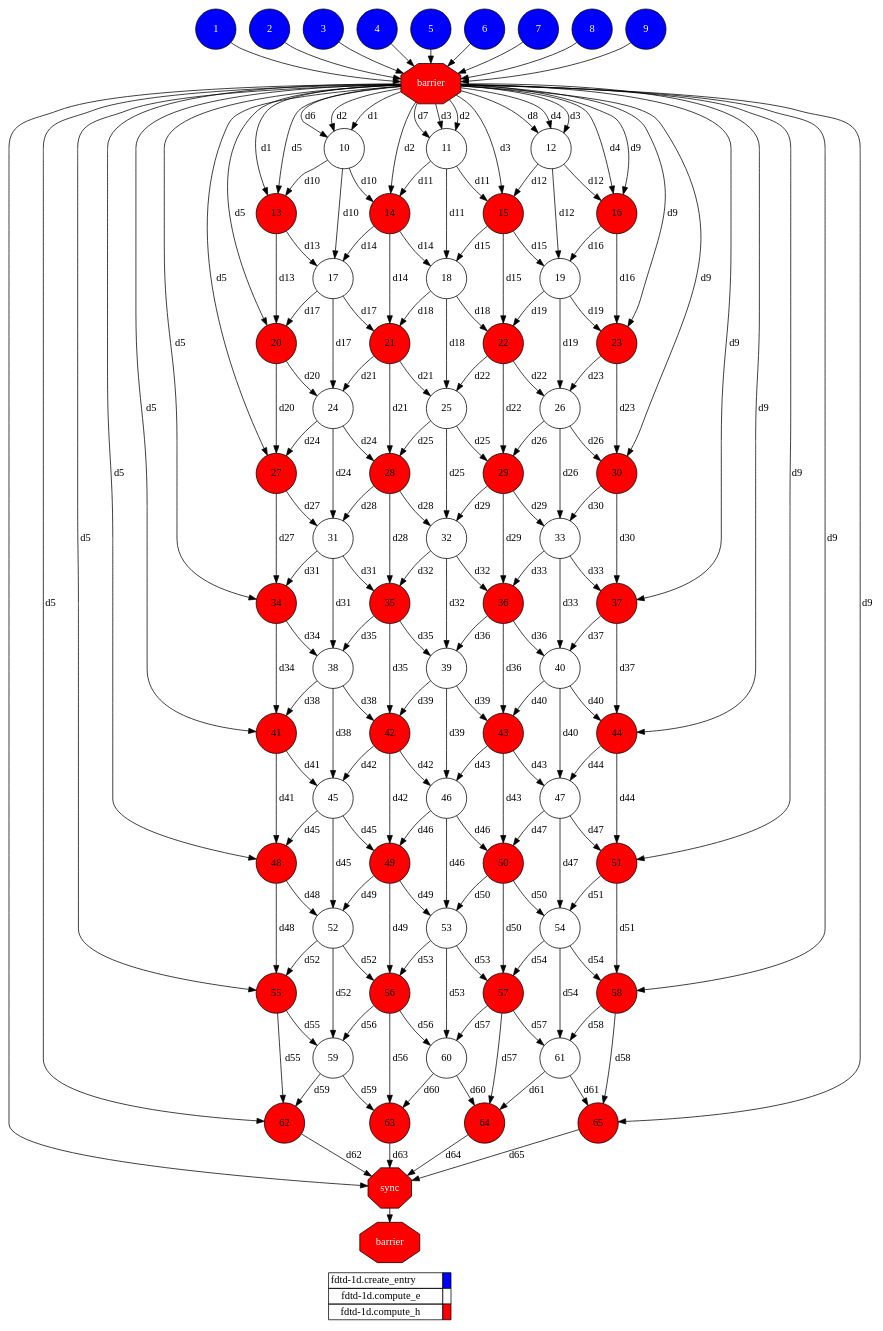
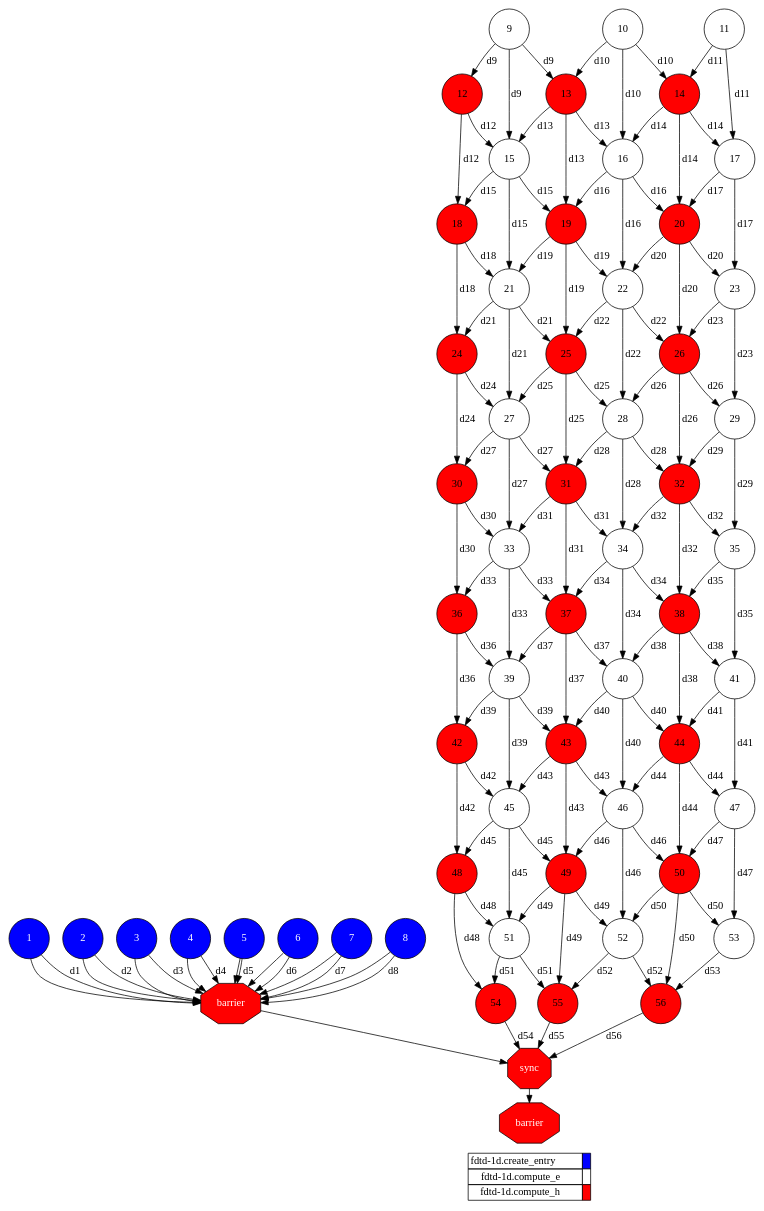
One commit to cristianrcv/pycompss-autoparallel changed the diagram in examples/fdtd-1d/userparallel/results/local/complete_graph.dot. Above: the diagram before and after it, drawn with Graphviz. The commit also changed 12 other files, not shown here.

```diff
--- a/examples/fdtd-1d/userparallel/results/local/complete_graph.dot
+++ b/examples/fdtd-1d/userparallel/results/local/complete_graph.dot
@@ -13,247 +13,193 @@
 6[shape=circle, style=filled fillcolor="#0000ff" fontcolor="#ffffff"];
 7[shape=circle, style=filled fillcolor="#0000ff" fontcolor="#ffffff"];
 8[shape=circle, style=filled fillcolor="#0000ff" fontcolor="#ffffff"];
-9[shape=circle, style=filled fillcolor="#0000ff" fontcolor="#ffffff"];
 Synchro1[label="barrier", shape=octagon, style=filled fillcolor="#ff0000" fontcolor="#FFFFFF"];
 1 -> Synchro1;
+5 -> Synchro1;
+7 -> Synchro1;
+6 -> Synchro1;
 3 -> Synchro1;
+4 -> Synchro1;
 8 -> Synchro1;
-9 -> Synchro1;
 2 -> Synchro1;
-5 -> Synchro1;
-4 -> Synchro1;
-6 -> Synchro1;
-7 -> Synchro1;
+5 -> Synchro1[ label="d5" ];
+6 -> Synchro1[ label="d6" ];
+7 -> Synchro1[ label="d7" ];
+8 -> Synchro1[ label="d8" ];
+1 -> Synchro1[ label="d1" ];
+2 -> Synchro1[ label="d2" ];
+3 -> Synchro1[ label="d3" ];
+4 -> Synchro1[ label="d4" ];
+9[shape=circle, style=filled fillcolor="#ffffff" fontcolor="#000000"];
 10[shape=circle, style=filled fillcolor="#ffffff" fontcolor="#000000"];
-Synchro1 -> 10[ label="d6" ];
-Synchro1 -> 10[ label="d2" ];
-Synchro1 -> 10[ label="d1" ];
 11[shape=circle, style=filled fillcolor="#ffffff" fontcolor="#000000"];
-Synchro1 -> 11[ label="d7" ];
-Synchro1 -> 11[ label="d3" ];
-Synchro1 -> 11[ label="d2" ];
-12[shape=circle, style=filled fillcolor="#ffffff" fontcolor="#000000"];
-Synchro1 -> 12[ label="d8" ];
-Synchro1 -> 12[ label="d4" ];
-Synchro1 -> 12[ label="d3" ];
+12[shape=circle, style=filled fillcolor="#ff0000" fontcolor="#000000"];
+9 -> 12[ label="d9" ];
 13[shape=circle, style=filled fillcolor="#ff0000" fontcolor="#000000"];
-Synchro1 -> 13[ label="d1" ];
 10 -> 13[ label="d10" ];
-Synchro1 -> 13[ label="d5" ];
+9 -> 13[ label="d9" ];
 14[shape=circle, style=filled fillcolor="#ff0000" fontcolor="#000000"];
-Synchro1 -> 14[ label="d2" ];
 11 -> 14[ label="d11" ];
 10 -> 14[ label="d10" ];
-15[shape=circle, style=filled fillcolor="#ff0000" fontcolor="#000000"];
-Synchro1 -> 15[ label="d3" ];
+15[shape=circle, style=filled fillcolor="#ffffff" fontcolor="#000000"];
+9 -> 15[ label="d9" ];
+13 -> 15[ label="d13" ];
 12 -> 15[ label="d12" ];
-11 -> 15[ label="d11" ];
-16[shape=circle, style=filled fillcolor="#ff0000" fontcolor="#000000"];
-Synchro1 -> 16[ label="d4" ];
-Synchro1 -> 16[ label="d9" ];
-12 -> 16[ label="d12" ];
+16[shape=circle, style=filled fillcolor="#ffffff" fontcolor="#000000"];
+10 -> 16[ label="d10" ];
+14 -> 16[ label="d14" ];
+13 -> 16[ label="d13" ];
 17[shape=circle, style=filled fillcolor="#ffffff" fontcolor="#000000"];
-10 -> 17[ label="d10" ];
+11 -> 17[ label="d11" ];
 14 -> 17[ label="d14" ];
-13 -> 17[ label="d13" ];
-18[shape=circle, style=filled fillcolor="#ffffff" fontcolor="#000000"];
-11 -> 18[ label="d11" ];
+18[shape=circle, style=filled fillcolor="#ff0000" fontcolor="#000000"];
+12 -> 18[ label="d12" ];
 15 -> 18[ label="d15" ];
-14 -> 18[ label="d14" ];
-19[shape=circle, style=filled fillcolor="#ffffff" fontcolor="#000000"];
-12 -> 19[ label="d12" ];
+19[shape=circle, style=filled fillcolor="#ff0000" fontcolor="#000000"];
+13 -> 19[ label="d13" ];
 16 -> 19[ label="d16" ];
 15 -> 19[ label="d15" ];
 20[shape=circle, style=filled fillcolor="#ff0000" fontcolor="#000000"];
-13 -> 20[ label="d13" ];
+14 -> 20[ label="d14" ];
 17 -> 20[ label="d17" ];
-Synchro1 -> 20[ label="d5" ];
-21[shape=circle, style=filled fillcolor="#ff0000" fontcolor="#000000"];
-14 -> 21[ label="d14" ];
+16 -> 20[ label="d16" ];
+21[shape=circle, style=filled fillcolor="#ffffff" fontcolor="#000000"];
+15 -> 21[ label="d15" ];
+19 -> 21[ label="d19" ];
 18 -> 21[ label="d18" ];
-17 -> 21[ label="d17" ];
-22[shape=circle, style=filled fillcolor="#ff0000" fontcolor="#000000"];
-15 -> 22[ label="d15" ];
+22[shape=circle, style=filled fillcolor="#ffffff" fontcolor="#000000"];
+16 -> 22[ label="d16" ];
+20 -> 22[ label="d20" ];
 19 -> 22[ label="d19" ];
-18 -> 22[ label="d18" ];
-23[shape=circle, style=filled fillcolor="#ff0000" fontcolor="#000000"];
-16 -> 23[ label="d16" ];
-Synchro1 -> 23[ label="d9" ];
-19 -> 23[ label="d19" ];
-24[shape=circle, style=filled fillcolor="#ffffff" fontcolor="#000000"];
-17 -> 24[ label="d17" ];
+23[shape=circle, style=filled fillcolor="#ffffff" fontcolor="#000000"];
+17 -> 23[ label="d17" ];
+20 -> 23[ label="d20" ];
+24[shape=circle, style=filled fillcolor="#ff0000" fontcolor="#000000"];
+18 -> 24[ label="d18" ];
 21 -> 24[ label="d21" ];
-20 -> 24[ label="d20" ];
-25[shape=circle, style=filled fillcolor="#ffffff" fontcolor="#000000"];
-18 -> 25[ label="d18" ];
+25[shape=circle, style=filled fillcolor="#ff0000" fontcolor="#000000"];
+19 -> 25[ label="d19" ];
 22 -> 25[ label="d22" ];
 21 -> 25[ label="d21" ];
-26[shape=circle, style=filled fillcolor="#ffffff" fontcolor="#000000"];
-19 -> 26[ label="d19" ];
+26[shape=circle, style=filled fillcolor="#ff0000" fontcolor="#000000"];
+20 -> 26[ label="d20" ];
 23 -> 26[ label="d23" ];
 22 -> 26[ label="d22" ];
-27[shape=circle, style=filled fillcolor="#ff0000" fontcolor="#000000"];
-20 -> 27[ label="d20" ];
+27[shape=circle, style=filled fillcolor="#ffffff" fontcolor="#000000"];
+21 -> 27[ label="d21" ];
+25 -> 27[ label="d25" ];
 24 -> 27[ label="d24" ];
-Synchro1 -> 27[ label="d5" ];
-28[shape=circle, style=filled fillcolor="#ff0000" fontcolor="#000000"];
-21 -> 28[ label="d21" ];
+28[shape=circle, style=filled fillcolor="#ffffff" fontcolor="#000000"];
+22 -> 28[ label="d22" ];
+26 -> 28[ label="d26" ];
 25 -> 28[ label="d25" ];
-24 -> 28[ label="d24" ];
-29[shape=circle, style=filled fillcolor="#ff0000" fontcolor="#000000"];
-22 -> 29[ label="d22" ];
+29[shape=circle, style=filled fillcolor="#ffffff" fontcolor="#000000"];
+23 -> 29[ label="d23" ];
 26 -> 29[ label="d26" ];
-25 -> 29[ label="d25" ];
 30[shape=circle, style=filled fillcolor="#ff0000" fontcolor="#000000"];
-23 -> 30[ label="d23" ];
-Synchro1 -> 30[ label="d9" ];
-26 -> 30[ label="d26" ];
-31[shape=circle, style=filled fillcolor="#ffffff" fontcolor="#000000"];
-24 -> 31[ label="d24" ];
+24 -> 30[ label="d24" ];
+27 -> 30[ label="d27" ];
+31[shape=circle, style=filled fillcolor="#ff0000" fontcolor="#000000"];
+25 -> 31[ label="d25" ];
 28 -> 31[ label="d28" ];
 27 -> 31[ label="d27" ];
-32[shape=circle, style=filled fillcolor="#ffffff" fontcolor="#000000"];
-25 -> 32[ label="d25" ];
+32[shape=circle, style=filled fillcolor="#ff0000" fontcolor="#000000"];
+26 -> 32[ label="d26" ];
 29 -> 32[ label="d29" ];
 28 -> 32[ label="d28" ];
 33[shape=circle, style=filled fillcolor="#ffffff" fontcolor="#000000"];
-26 -> 33[ label="d26" ];
+27 -> 33[ label="d27" ];
+31 -> 33[ label="d31" ];
 30 -> 33[ label="d30" ];
-29 -> 33[ label="d29" ];
-34[shape=circle, style=filled fillcolor="#ff0000" fontcolor="#000000"];
-27 -> 34[ label="d27" ];
+34[shape=circle, style=filled fillcolor="#ffffff" fontcolor="#000000"];
+28 -> 34[ label="d28" ];
+32 -> 34[ label="d32" ];
 31 -> 34[ label="d31" ];
-Synchro1 -> 34[ label="d5" ];
-35[shape=circle, style=filled fillcolor="#ff0000" fontcolor="#000000"];
-28 -> 35[ label="d28" ];
+35[shape=circle, style=filled fillcolor="#ffffff" fontcolor="#000000"];
+29 -> 35[ label="d29" ];
 32 -> 35[ label="d32" ];
-31 -> 35[ label="d31" ];
 36[shape=circle, style=filled fillcolor="#ff0000" fontcolor="#000000"];
-29 -> 36[ label="d29" ];
+30 -> 36[ label="d30" ];
 33 -> 36[ label="d33" ];
-32 -> 36[ label="d32" ];
 37[shape=circle, style=filled fillcolor="#ff0000" fontcolor="#000000"];
-30 -> 37[ label="d30" ];
-Synchro1 -> 37[ label="d9" ];
+31 -> 37[ label="d31" ];
+34 -> 37[ label="d34" ];
 33 -> 37[ label="d33" ];
-38[shape=circle, style=filled fillcolor="#ffffff" fontcolor="#000000"];
-31 -> 38[ label="d31" ];
+38[shape=circle, style=filled fillcolor="#ff0000" fontcolor="#000000"];
+32 -> 38[ label="d32" ];
 35 -> 38[ label="d35" ];
 34 -> 38[ label="d34" ];
 39[shape=circle, style=filled fillcolor="#ffffff" fontcolor="#000000"];
-32 -> 39[ label="d32" ];
+33 -> 39[ label="d33" ];
+37 -> 39[ label="d37" ];
 36 -> 39[ label="d36" ];
-35 -> 39[ label="d35" ];
 40[shape=circle, style=filled fillcolor="#ffffff" fontcolor="#000000"];
-33 -> 40[ label="d33" ];
+34 -> 40[ label="d34" ];
+38 -> 40[ label="d38" ];
 37 -> 40[ label="d37" ];
-36 -> 40[ label="d36" ];
-41[shape=circle, style=filled fillcolor="#ff0000" fontcolor="#000000"];
-34 -> 41[ label="d34" ];
+41[shape=circle, style=filled fillcolor="#ffffff" fontcolor="#000000"];
+35 -> 41[ label="d35" ];
 38 -> 41[ label="d38" ];
-Synchro1 -> 41[ label="d5" ];
 42[shape=circle, style=filled fillcolor="#ff0000" fontcolor="#000000"];
-35 -> 42[ label="d35" ];
+36 -> 42[ label="d36" ];
 39 -> 42[ label="d39" ];
-38 -> 42[ label="d38" ];
 43[shape=circle, style=filled fillcolor="#ff0000" fontcolor="#000000"];
-36 -> 43[ label="d36" ];
+37 -> 43[ label="d37" ];
 40 -> 43[ label="d40" ];
 39 -> 43[ label="d39" ];
 44[shape=circle, style=filled fillcolor="#ff0000" fontcolor="#000000"];
-37 -> 44[ label="d37" ];
-Synchro1 -> 44[ label="d9" ];
+38 -> 44[ label="d38" ];
+41 -> 44[ label="d41" ];
 40 -> 44[ label="d40" ];
 45[shape=circle, style=filled fillcolor="#ffffff" fontcolor="#000000"];
-38 -> 45[ label="d38" ];
+39 -> 45[ label="d39" ];
+43 -> 45[ label="d43" ];
 42 -> 45[ label="d42" ];
-41 -> 45[ label="d41" ];
 46[shape=circle, style=filled fillcolor="#ffffff" fontcolor="#000000"];
-39 -> 46[ label="d39" ];
+40 -> 46[ label="d40" ];
+44 -> 46[ label="d44" ];
 43 -> 46[ label="d43" ];
-42 -> 46[ label="d42" ];
 47[shape=circle, style=filled fillcolor="#ffffff" fontcolor="#000000"];
-40 -> 47[ label="d40" ];
+41 -> 47[ label="d41" ];
 44 -> 47[ label="d44" ];
-43 -> 47[ label="d43" ];
 48[shape=circle, style=filled fillcolor="#ff0000" fontcolor="#000000"];
-41 -> 48[ label="d41" ];
+42 -> 48[ label="d42" ];
 45 -> 48[ label="d45" ];
-Synchro1 -> 48[ label="d5" ];
 49[shape=circle, style=filled fillcolor="#ff0000" fontcolor="#000000"];
-42 -> 49[ label="d42" ];
+43 -> 49[ label="d43" ];
 46 -> 49[ label="d46" ];
 45 -> 49[ label="d45" ];
 50[shape=circle, style=filled fillcolor="#ff0000" fontcolor="#000000"];
-43 -> 50[ label="d43" ];
+44 -> 50[ label="d44" ];
 47 -> 50[ label="d47" ];
 46 -> 50[ label="d46" ];
-51[shape=circle, style=filled fillcolor="#ff0000" fontcolor="#000000"];
-44 -> 51[ label="d44" ];
-Synchro1 -> 51[ label="d9" ];
-47 -> 51[ label="d47" ];
+51[shape=circle, style=filled fillcolor="#ffffff" fontcolor="#000000"];
+45 -> 51[ label="d45" ];
+49 -> 51[ label="d49" ];
+48 -> 51[ label="d48" ];
 52[shape=circle, style=filled fillcolor="#ffffff" fontcolor="#000000"];
-45 -> 52[ label="d45" ];
+46 -> 52[ label="d46" ];
+50 -> 52[ label="d50" ];
 49 -> 52[ label="d49" ];
-48 -> 52[ label="d48" ];
 53[shape=circle, style=filled fillcolor="#ffffff" fontcolor="#000000"];
-46 -> 53[ label="d46" ];
+47 -> 53[ label="d47" ];
 50 -> 53[ label="d50" ];
-49 -> 53[ label="d49" ];
-54[shape=circle, style=filled fillcolor="#ffffff" fontcolor="#000000"];
-47 -> 54[ label="d47" ];
+54[shape=circle, style=filled fillcolor="#ff0000" fontcolor="#000000"];
+48 -> 54[ label="d48" ];
 51 -> 54[ label="d51" ];
-50 -> 54[ label="d50" ];
 55[shape=circle, style=filled fillcolor="#ff0000" fontcolor="#000000"];
-48 -> 55[ label="d48" ];
+49 -> 55[ label="d49" ];
 52 -> 55[ label="d52" ];
-Synchro1 -> 55[ label="d5" ];
+51 -> 55[ label="d51" ];
 56[shape=circle, style=filled fillcolor="#ff0000" fontcolor="#000000"];
-49 -> 56[ label="d49" ];
+50 -> 56[ label="d50" ];
 53 -> 56[ label="d53" ];
 52 -> 56[ label="d52" ];
-57[shape=circle, style=filled fillcolor="#ff0000" fontcolor="#000000"];
-50 -> 57[ label="d50" ];
-54 -> 57[ label="d54" ];
-53 -> 57[ label="d53" ];
-58[shape=circle, style=filled fillcolor="#ff0000" fontcolor="#000000"];
-51 -> 58[ label="d51" ];
-Synchro1 -> 58[ label="d9" ];
-54 -> 58[ label="d54" ];
-59[shape=circle, style=filled fillcolor="#ffffff" fontcolor="#000000"];
-52 -> 59[ label="d52" ];
-56 -> 59[ label="d56" ];
-55 -> 59[ label="d55" ];
-60[shape=circle, style=filled fillcolor="#ffffff" fontcolor="#000000"];
-53 -> 60[ label="d53" ];
-57 -> 60[ label="d57" ];
-56 -> 60[ label="d56" ];
-61[shape=circle, style=filled fillcolor="#ffffff" fontcolor="#000000"];
-54 -> 61[ label="d54" ];
-58 -> 61[ label="d58" ];
-57 -> 61[ label="d57" ];
-62[shape=circle, style=filled fillcolor="#ff0000" fontcolor="#000000"];
-55 -> 62[ label="d55" ];
-59 -> 62[ label="d59" ];
-Synchro1 -> 62[ label="d5" ];
-63[shape=circle, style=filled fillcolor="#ff0000" fontcolor="#000000"];
-56 -> 63[ label="d56" ];
-60 -> 63[ label="d60" ];
-59 -> 63[ label="d59" ];
-64[shape=circle, style=filled fillcolor="#ff0000" fontcolor="#000000"];
-57 -> 64[ label="d57" ];
-61 -> 64[ label="d61" ];
-60 -> 64[ label="d60" ];
-65[shape=circle, style=filled fillcolor="#ff0000" fontcolor="#000000"];
-58 -> 65[ label="d58" ];
-Synchro1 -> 65[ label="d9" ];
-61 -> 65[ label="d61" ];
 Synchro2[label="sync", shape=octagon, style=filled fillcolor="#ff0000" fontcolor="#FFFFFF"];
 Synchro1 -> Synchro2;
-62 -> Synchro2[ label="d62" ];
-63 -> Synchro2[ label="d63" ];
-64 -> Synchro2[ label="d64" ];
-65 -> Synchro2[ label="d65" ];
+54 -> Synchro2[ label="d54" ];
+55 -> Synchro2[ label="d55" ];
+56 -> Synchro2[ label="d56" ];
 Synchro3[label="barrier", shape=octagon, style=filled fillcolor="#ff0000" fontcolor="#FFFFFF"];
 Synchro2 -> Synchro3;  }
   subgraph legend {
```
